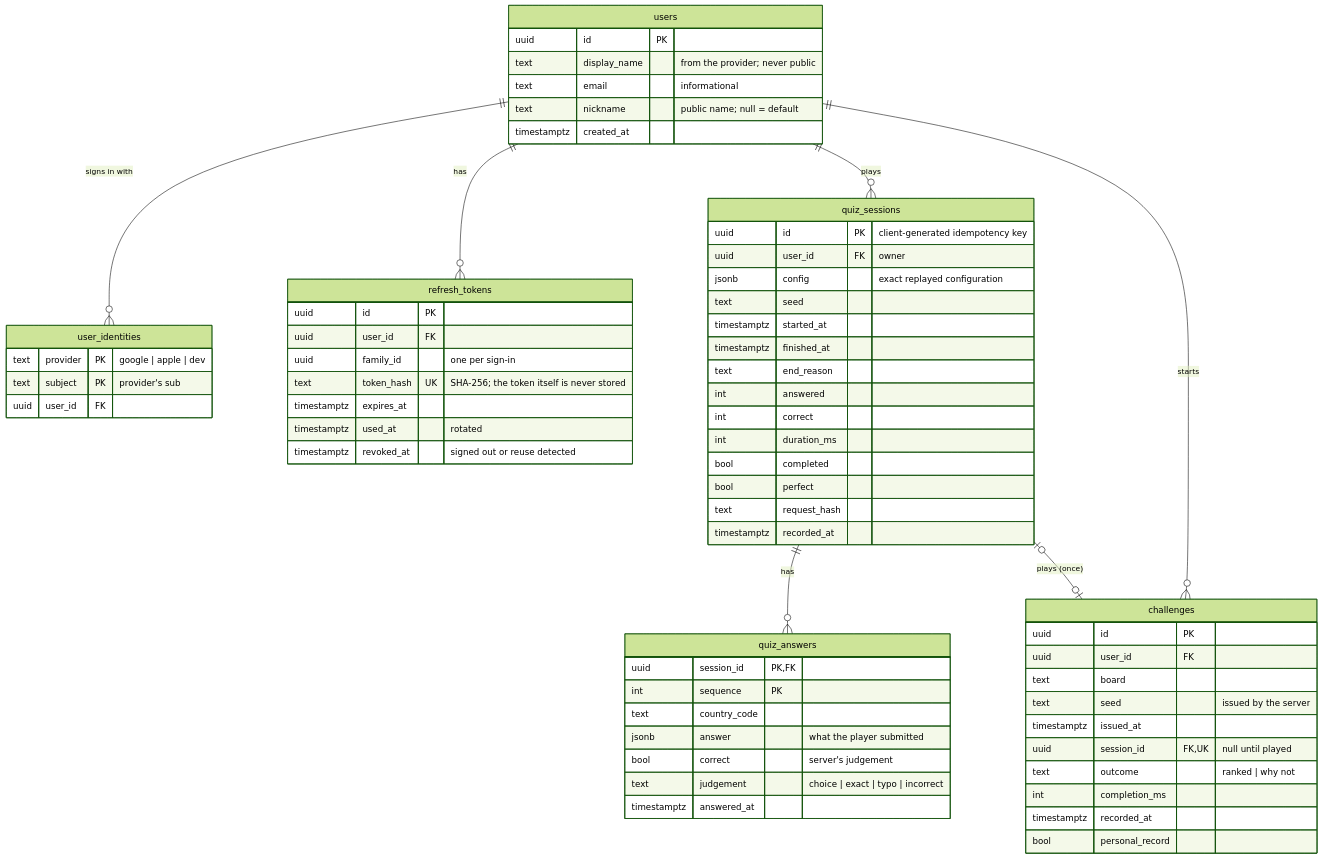
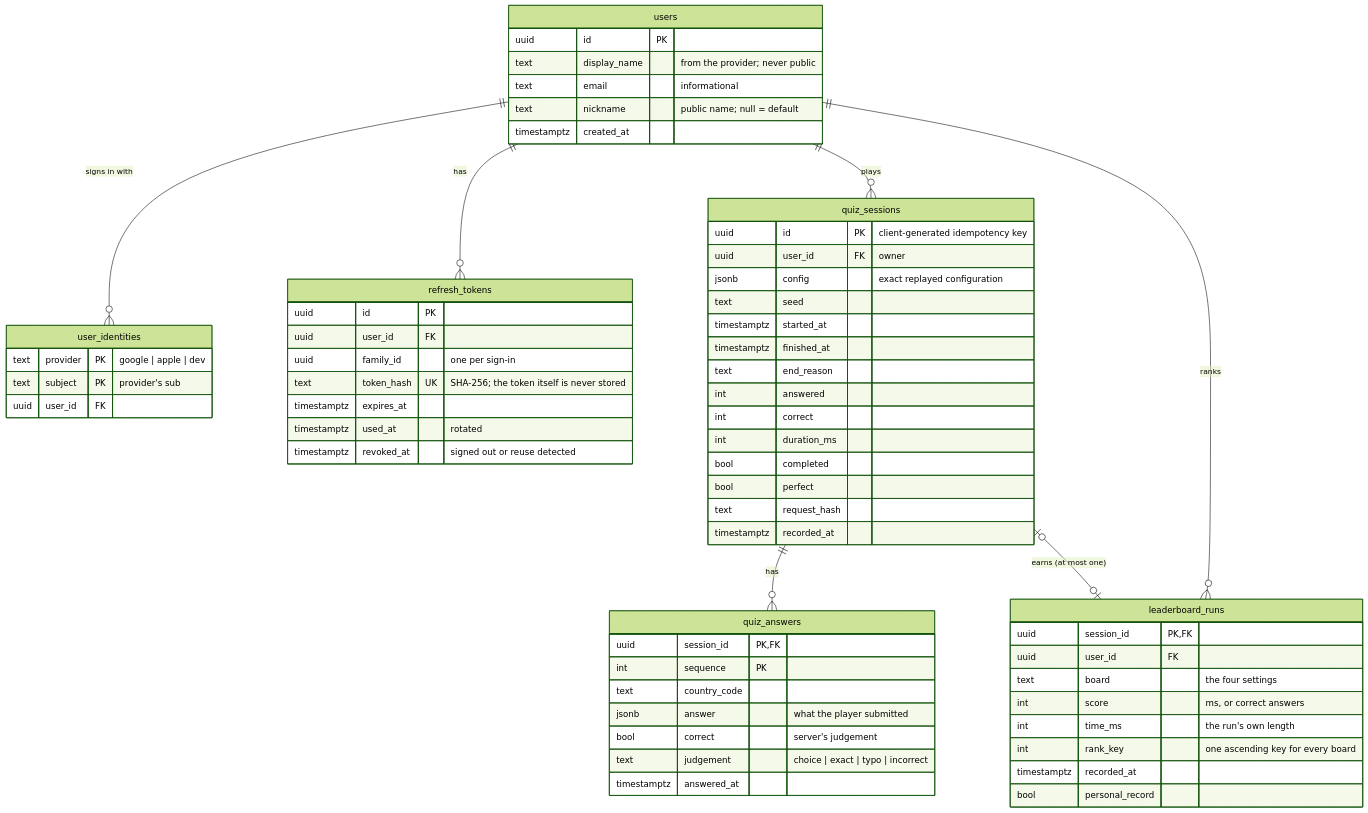
Before and after one commit to vadimkosenkov/angular-ionic-nx-mf-world-quiz: the fourth of 4 diagrams in docs/architecture/backend.md, drawn with Mermaid (forest theme). The commit also changed other lines of this file and 31 other files, not shown here.

````diff
--- a/docs/architecture/backend.md
+++ b/docs/architecture/backend.md
@@ -269,67 +273,65 @@
 ```mermaid
 erDiagram
   users ||--o{ user_identities : "signs in with"
   users ||--o{ refresh_tokens : has
   users ||--o{ quiz_sessions : plays
-  users ||--o{ challenges : starts
+  users ||--o{ leaderboard_runs : ranks
   quiz_sessions ||--o{ quiz_answers : has
-  quiz_sessions |o--o| challenges : "plays (once)"
+  quiz_sessions |o--o| leaderboard_runs : "earns (at most one)"
   users {
     uuid id PK
     text display_name "from the provider; never public"
     text email "informational"
     text nickname "public name; null = default"
     timestamptz created_at
   }
-  challenges {
-    uuid id PK
+  leaderboard_runs {
+    uuid session_id PK, FK
     uuid user_id FK
-    text board
-    text seed "issued by the server"
-    timestamptz issued_at
-    uuid session_id FK, UK "null until played"
-    text outcome "ranked | why not"
-    int completion_ms
+    text board "the four settings"
+    int score "ms, or correct answers"
+    int time_ms "the run's own length"
+    int rank_key "one ascending key for every board"
     timestamptz recorded_at
     bool personal_record
   }
   user_identities {
     text provider PK "google | apple | dev"
     text subject PK "provider's sub"
     uuid user_id FK
   }
   refresh_tokens {
     uuid id PK
     uuid user_id FK
     uuid family_id "one per sign-in"
     text token_hash UK "SHA-256; the token itself is never stored"
     timestamptz expires_at
     timestamptz used_at "rotated"
     timestamptz revoked_at "signed out or reuse detected"
   }
   quiz_sessions {
     uuid id PK "client-generated idempotency key"
     uuid user_id FK "owner"
     jsonb config "exact replayed configuration"
     text seed
     timestamptz started_at
     timestamptz finished_at
     text end_reason
     int answered
     int correct
     int duration_ms
     bool completed
     bool perfect
     text request_hash
     timestamptz recorded_at
   }
   quiz_answers {
     uuid session_id PK, FK
     int sequence PK
     text country_code
     jsonb answer "what the player submitted"
     bool correct "server's judgement"
     text judgement "choice | exact | typo | incorrect"
     timestamptz answered_at
   }
 ```
````
